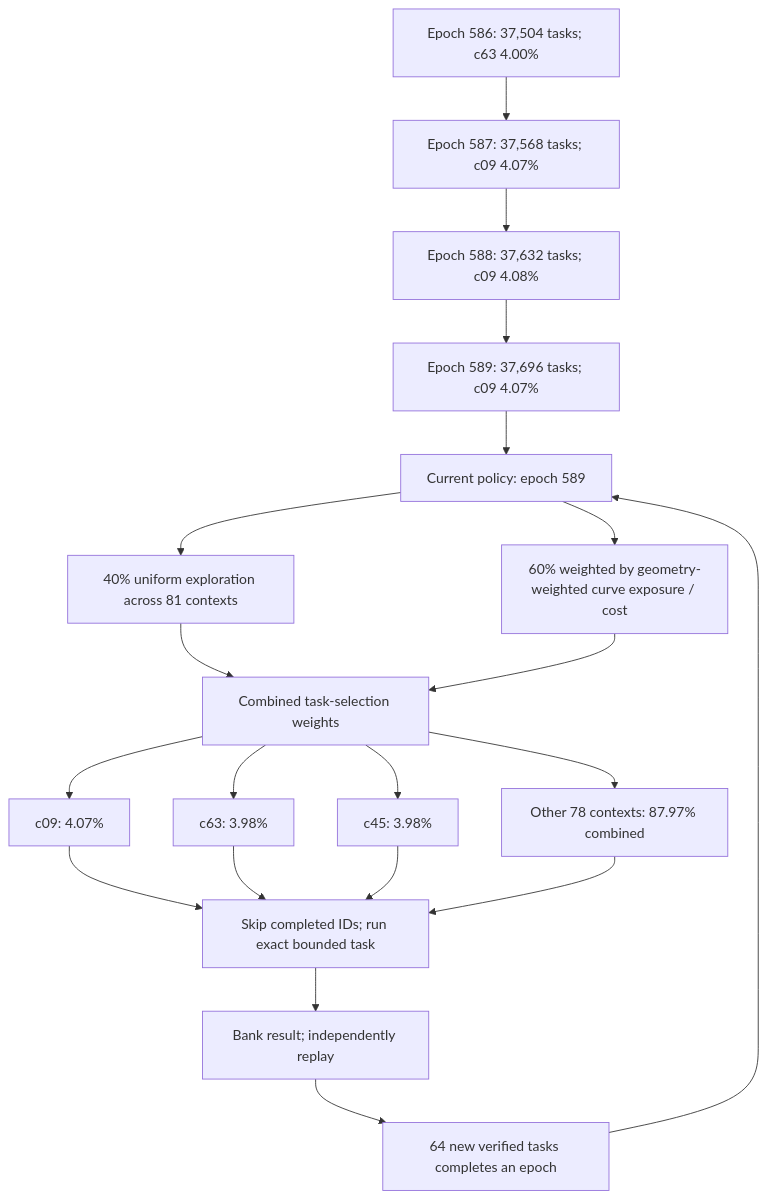
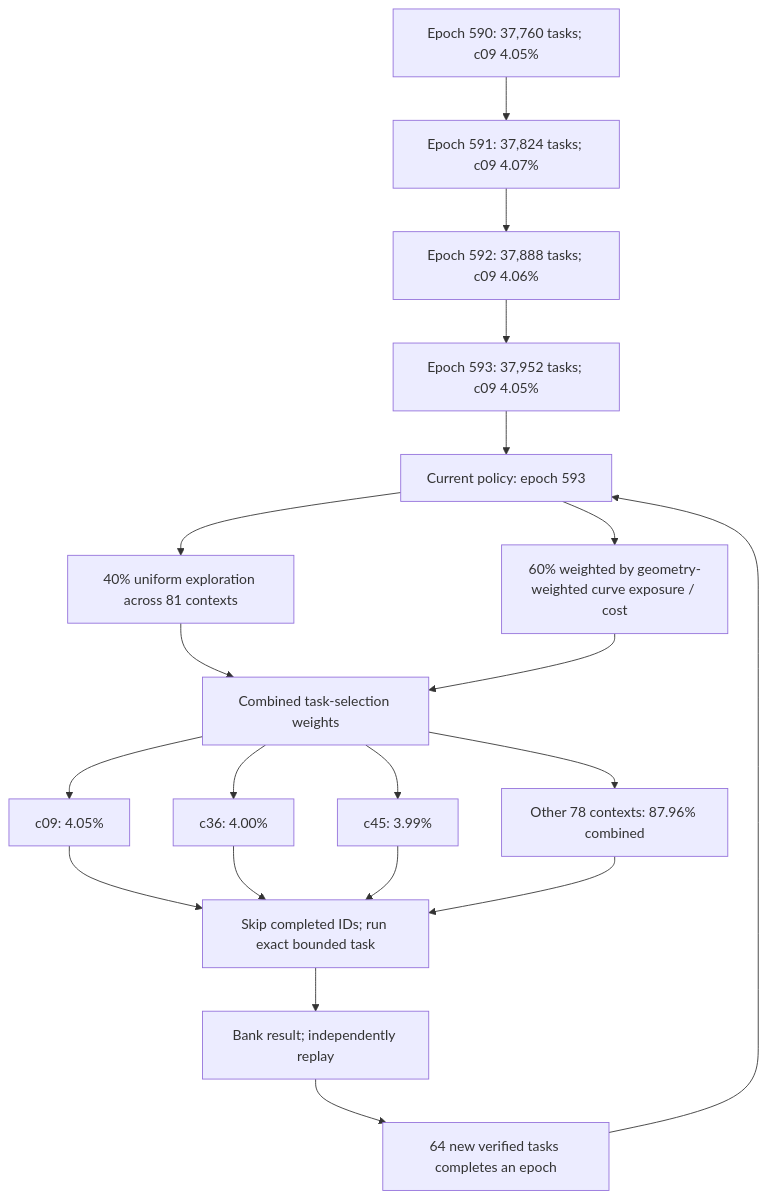
The first of 3 diagrams in README.md (Kuberwastaken/math-gambling), drawn with Mermaid before and after one commit. The commit also changed other lines of this file and 626 other files, not shown here.

````diff
--- a/README.md
+++ b/README.md
@@ -55,27 +55,27 @@
 ```mermaid
 flowchart TD
-    H0["Epoch 586: 37,504 tasks; c63 4.00%"]
-    H1["Epoch 587: 37,568 tasks; c09 4.07%"]
+    H0["Epoch 590: 37,760 tasks; c09 4.05%"]
+    H1["Epoch 591: 37,824 tasks; c09 4.07%"]
     H0 --> H1
-    H2["Epoch 588: 37,632 tasks; c09 4.08%"]
+    H2["Epoch 592: 37,888 tasks; c09 4.06%"]
     H1 --> H2
-    H3["Epoch 589: 37,696 tasks; c09 4.07%"]
+    H3["Epoch 593: 37,952 tasks; c09 4.05%"]
     H2 --> H3
-    Policy["Current policy: epoch 589"]
+    Policy["Current policy: epoch 593"]
     H3 --> Policy
     Policy --> Explore["40% uniform exploration across 81 contexts"]
     Policy --> Cost["60% weighted by geometry-weighted curve exposure / cost"]
     Explore --> Mix["Combined task-selection weights"]
     Cost --> Mix
-    Mix --> C0["c09: 4.07%"]
-    Mix --> C1["c63: 3.98%"]
-    Mix --> C2["c45: 3.98%"]
-    Mix --> Rest["Other 78 contexts: 87.97% combined"]
+    Mix --> C0["c09: 4.05%"]
+    Mix --> C1["c36: 4.00%"]
+    Mix --> C2["c45: 3.99%"]
+    Mix --> Rest["Other 78 contexts: 87.96% combined"]
     C0 --> Check["Skip completed IDs; run exact bounded task"]
     C1 --> Check
     C2 --> Check
     Rest --> Check
     Check --> Replay["Bank result; independently replay"]
     Replay --> Gate["64 new verified tasks completes an epoch"]
     Gate --> Policy
 ```
````
